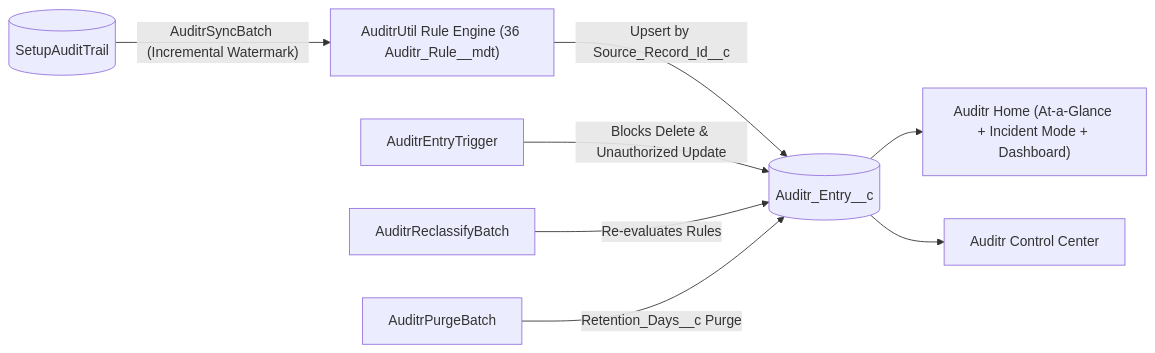
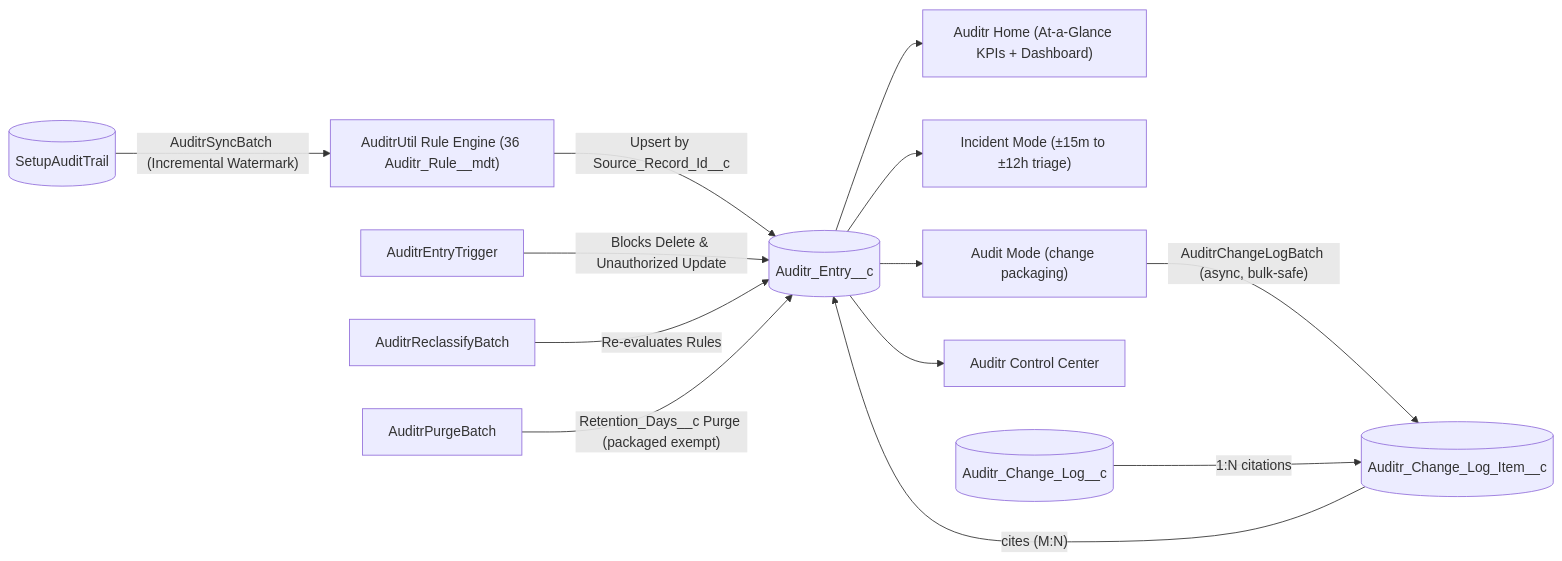
Before and after one commit to nithesh1992/Auditr: the diagram in README.md, drawn with Mermaid. The commit also changed other lines of this file and 90 other files, not shown here.

Commit message:
Release Auditr v1.0.0-2 (04tg7000000cltxAAA) Tighten batch engine, remove platform event, and enhance admin authorization

````diff
--- a/README.md
+++ b/README.md
@@ -142,10 +150,15 @@
 ```mermaid
 flowchart LR
     SAT[("SetupAuditTrail")] -->|"AuditrSyncBatch (Incremental Watermark)"| UTIL["AuditrUtil Rule Engine (36 Auditr_Rule__mdt)"]
     UTIL -->|"Upsert by Source_Record_Id__c"| ENTRY[("Auditr_Entry__c")]
     TRIG["AuditrEntryTrigger"] -->|"Blocks Delete & Unauthorized Update"| ENTRY
     REC["AuditrReclassifyBatch"] -->|"Re-evaluates Rules"| ENTRY
-    PURGE["AuditrPurgeBatch"] -->|"Retention_Days__c Purge"| ENTRY
-    ENTRY --> HOME["Auditr Home (At-a-Glance + Incident Mode + Dashboard)"]
+    PURGE["AuditrPurgeBatch"] -->|"Retention_Days__c Purge (packaged exempt)"| ENTRY
+    ENTRY --> HOME["Auditr Home (At-a-Glance KPIs + Dashboard)"]
+    ENTRY --> INC["Incident Mode (±15m to ±12h triage)"]
+    ENTRY --> AM["Audit Mode (change packaging)"]
     ENTRY --> CC["Auditr Control Center"]
+    AM -->|"AuditrChangeLogBatch (async, bulk-safe)"| ITEM[("Auditr_Change_Log_Item__c")]
+    LOG[("Auditr_Change_Log__c")] -->|"1:N citations"| ITEM
+    ITEM -->|"cites (M:N)"| ENTRY
 ```
````
